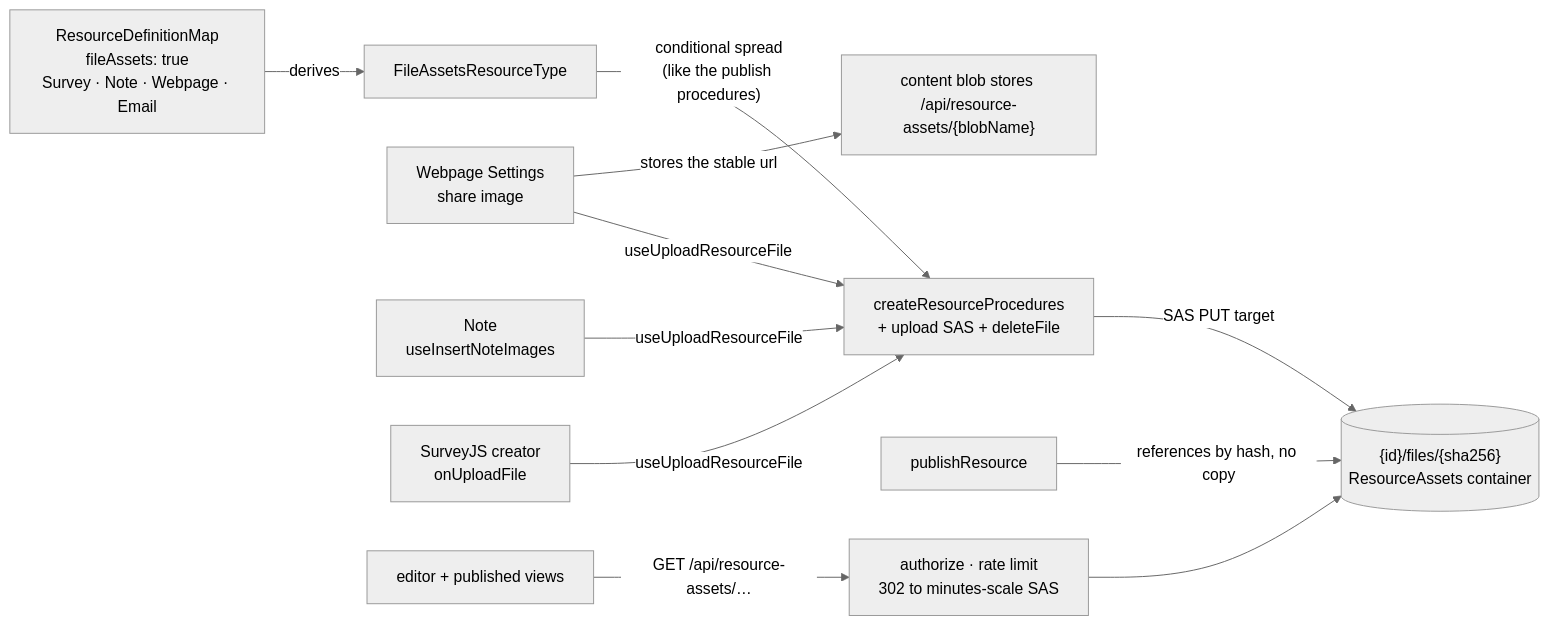
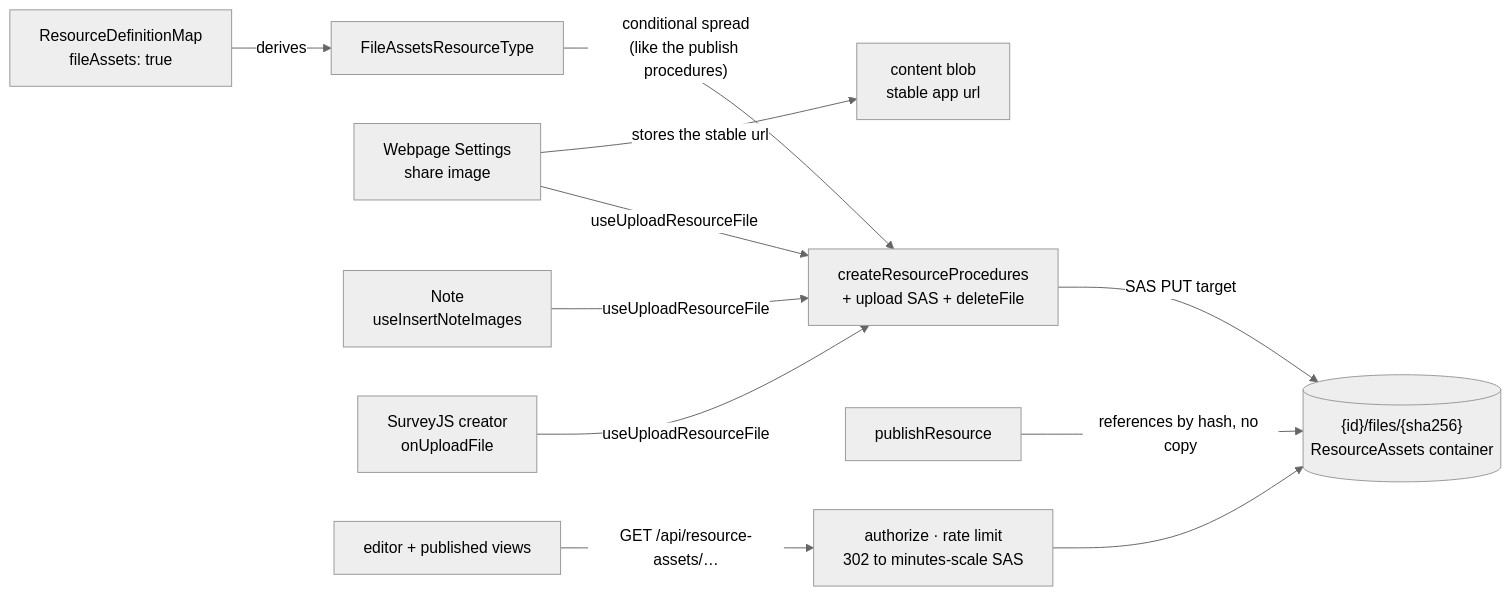
The diagram in openspec/specs/resource/resource-file-assets/design.md (Esposter/Esposter), drawn with Mermaid (neutral theme) before and after one commit. The commit also changed 3 other files, not shown here.

````diff
--- a/openspec/specs/resource/resource-file-assets/design.md
+++ b/openspec/specs/resource/resource-file-assets/design.md
@@ -11,13 +11,13 @@
 ```mermaid
 flowchart LR
-  DEF["ResourceDefinitionMap<br/>fileAssets: true<br/>Survey · Note · Webpage · Email"] -->|derives| UNION["FileAssetsResourceType"]
+  DEF["ResourceDefinitionMap<br/>fileAssets: true"] -->|derives| UNION["FileAssetsResourceType"]
   UNION -->|"conditional spread<br/>(like the publish procedures)"| FACTORY["createResourceProcedures<br/>+ upload SAS + deleteFile"]
   WS["Webpage Settings<br/>share image"] -->|"useUploadResourceFile"| FACTORY
   NOTE["Note<br/>useInsertNoteImages"] -->|useUploadResourceFile| FACTORY
   CREATOR["SurveyJS creator<br/>onUploadFile"] -->|useUploadResourceFile| FACTORY
   FACTORY -->|SAS PUT target| BLOB[("{id}/files/{sha256}<br/>ResourceAssets container")]
-  WS -->|"stores the stable url"| CANVAS["content blob stores /api/resource-assets/{blobName}"]
+  WS -->|"stores the stable url"| CANVAS["content blob<br/>stable app url"]
   PUB["publishResource"] -->|"references by hash, no copy"| BLOB
   VIEW["editor + published views"] -->|"GET /api/resource-assets/…"| EP["authorize · rate limit<br/>302 to minutes-scale SAS"]
   EP --> BLOB
 ```
````
